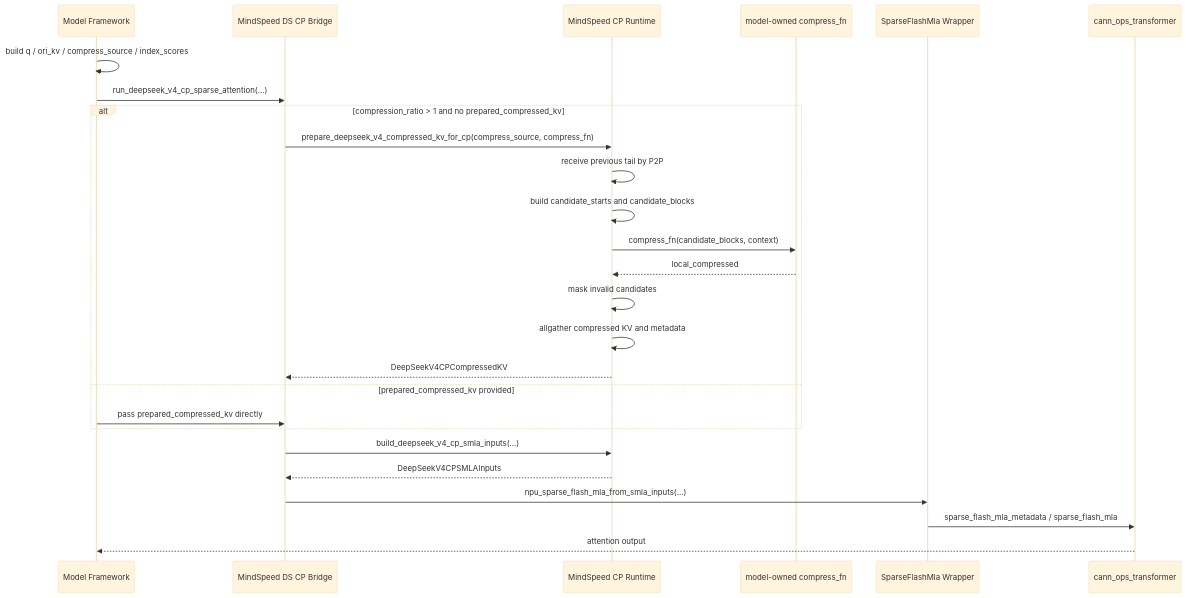
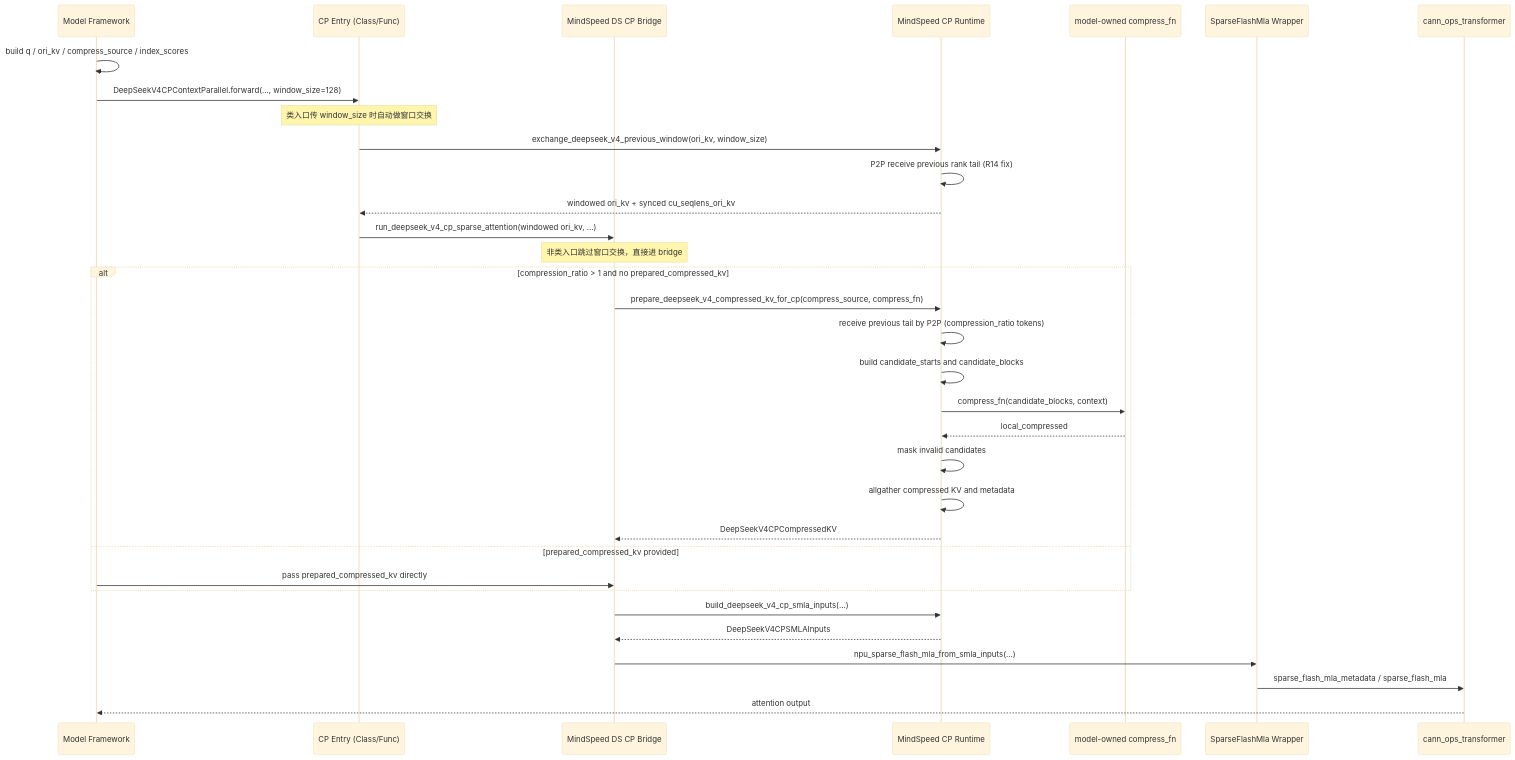
One commit to ChemLez/Megatron-Note changed the second of 10 diagrams in features/context_parallel/chapter-03-mindspeed-deepseek-v4-context-parallel.md. Above: the diagram before and after it, drawn with Mermaid (base theme). The commit also changed other lines of this file, not shown here.

Commit message:
Refresh DeepSeek V4 CP archive note

````diff
--- a/features/context_parallel/chapter-03-mindspeed-deepseek-v4-context-parallel.md
+++ b/features/context_parallel/chapter-03-mindspeed-deepseek-v4-context-parallel.md
@@ -159,29 +159,36 @@
 ```mermaid
 sequenceDiagram
     participant Model as Model Framework
+    participant Entry as CP Entry (Class/Func)
     participant Bridge as MindSpeed DS CP Bridge
     participant CP as MindSpeed CP Runtime
     participant Fn as model-owned compress_fn
-    participant SMLA as SparseFlashMla Wrapper
+    Participant SMLA as SparseFlashMla Wrapper
     participant CANN as cann_ops_transformer
 
     Model->>Model: build q / ori_kv / compress_source / index_scores
-    Model->>Bridge: run_deepseek_v4_cp_sparse_attention(...)
+    Model->>Entry: DeepSeekV4CPContextParallel.forward(..., window_size=128)
+    Note over Entry: 类入口传 window_size 时自动做窗口交换
+    Entry->>CP: exchange_deepseek_v4_previous_window(ori_kv, window_size)
+    CP->>CP: P2P receive previous rank tail (R14 fix)
+    CP-->>Entry: windowed ori_kv + synced cu_seqlens_ori_kv
+    Entry->>Bridge: run_deepseek_v4_cp_sparse_attention(windowed ori_kv, ...)
+    Note over Bridge: 非类入口跳过窗口交换，直接进 bridge
     alt compression_ratio > 1 and no prepared_compressed_kv
         Bridge->>CP: prepare_deepseek_v4_compressed_kv_for_cp(compress_source, compress_fn)
-        CP->>CP: receive previous tail by P2P
+        CP->>CP: receive previous tail by P2P (compression_ratio tokens)
         CP->>CP: build candidate_starts and candidate_blocks
         CP->>Fn: compress_fn(candidate_blocks, context)
         Fn-->>CP: local_compressed
         CP->>CP: mask invalid candidates
         CP->>CP: allgather compressed KV and metadata
         CP-->>Bridge: DeepSeekV4CPCompressedKV
     else prepared_compressed_kv provided
         Model->>Bridge: pass prepared_compressed_kv directly
     end
     Bridge->>CP: build_deepseek_v4_cp_smla_inputs(...)
     CP-->>Bridge: DeepSeekV4CPSMLAInputs
     Bridge->>SMLA: npu_sparse_flash_mla_from_smla_inputs(...)
     SMLA->>CANN: sparse_flash_mla_metadata / sparse_flash_mla
     CANN-->>Model: attention output
 ```
````
